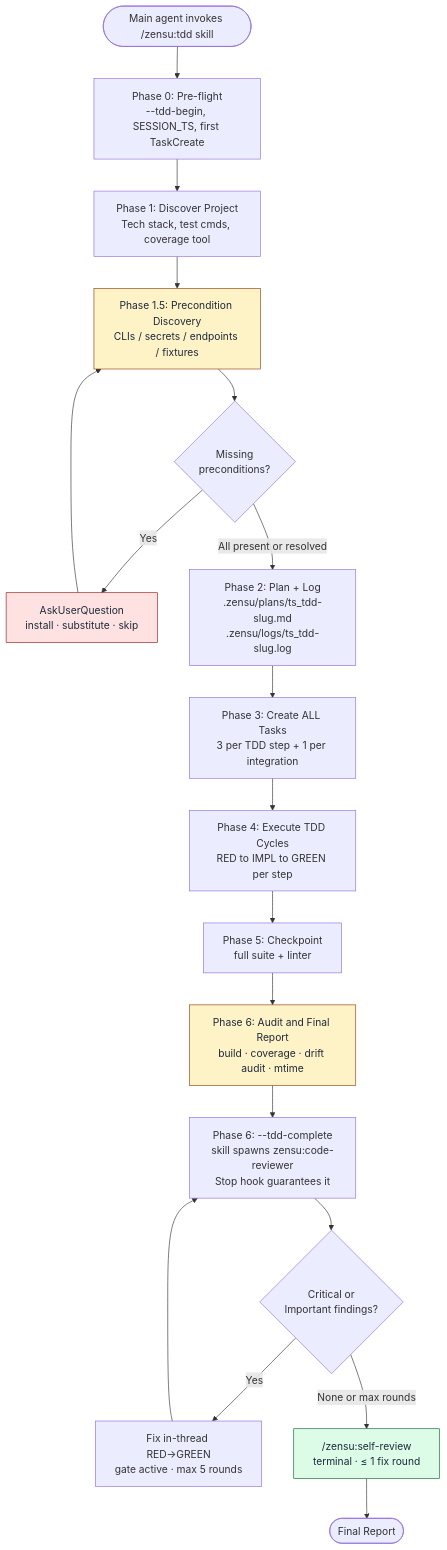
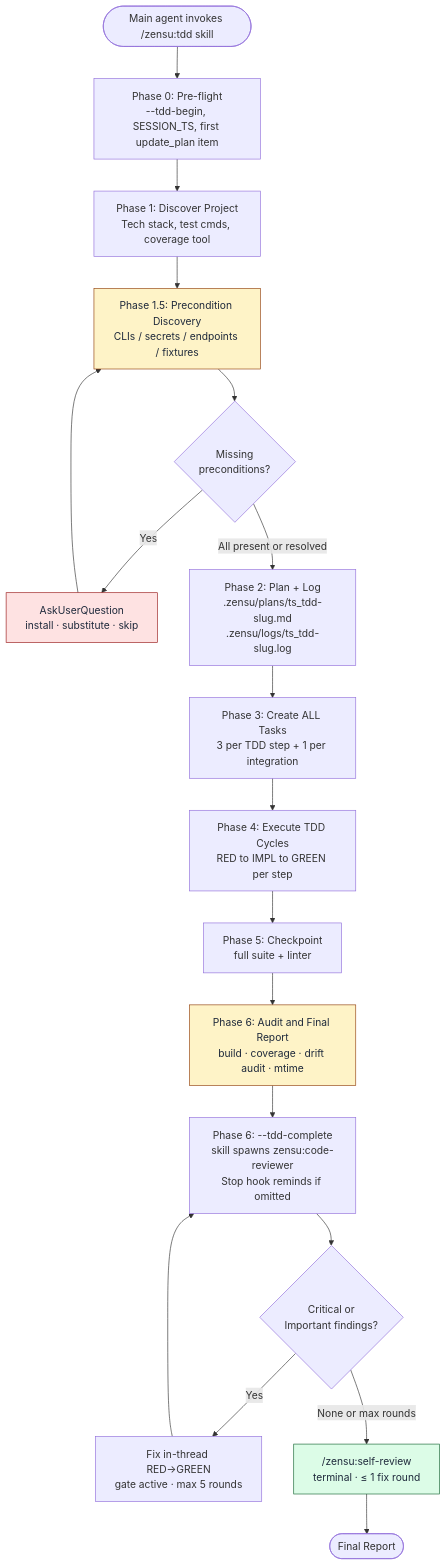
Before and after one commit to MKITConsulting/zensu-codex: the first of 4 diagrams in plugins/zensu/docs/tdd-manager-workflow.md, drawn with Mermaid. The commit also changed other lines of this file and 101 other files, not shown here.

````diff
--- a/plugins/zensu/docs/tdd-manager-workflow.md
+++ b/plugins/zensu/docs/tdd-manager-workflow.md
@@ -56,25 +58,25 @@
 ```mermaid
 flowchart TD
-    Start([Main agent invokes /zensu:tdd skill]) --> P0[Phase 0: Pre-flight<br/>--tdd-begin, SESSION_TS, first TaskCreate]
+    Start([Main agent invokes /zensu:tdd skill]) --> P0[Phase 0: Pre-flight<br/>--tdd-begin, SESSION_TS, first update_plan item]
     P0 --> P1[Phase 1: Discover Project<br/>Tech stack, test cmds, coverage tool]
     P1 --> P15[Phase 1.5: Precondition Discovery<br/>CLIs / secrets / endpoints / fixtures]
     P15 --> Q{Missing<br/>preconditions?}
     Q -->|Yes| Ask[AskUserQuestion<br/>install · substitute · skip]
     Ask --> P15
     Q -->|All present or resolved| P2[Phase 2: Plan + Log<br/>.zensu/plans/ts_tdd-slug.md<br/>.zensu/logs/ts_tdd-slug.log]
     P2 --> P3[Phase 3: Create ALL Tasks<br/>3 per TDD step + 1 per integration]
     P3 --> P4[Phase 4: Execute TDD Cycles<br/>RED to IMPL to GREEN per step]
     P4 --> P5[Phase 5: Checkpoint<br/>full suite + linter]
     P5 --> P6[Phase 6: Audit and Final Report<br/>build · coverage · drift audit · mtime]
-    P6 --> Review[Phase 6: --tdd-complete<br/>skill spawns zensu:code-reviewer<br/>Stop hook guarantees it]
+    P6 --> Review[Phase 6: --tdd-complete<br/>skill spawns zensu:code-reviewer<br/>Stop hook reminds if omitted]
     Review --> Findings{Critical or<br/>Important findings?}
     Findings -->|Yes| AutoFix[Fix in-thread RED→GREEN<br/>gate active · max 5 rounds]
     AutoFix --> Review
     Findings -->|None or max rounds| SelfRev["/zensu:self-review<br/>terminal · ≤ 1 fix round"]
     SelfRev --> Done([Final Report])
 
     style P15 fill:#fef3c7,stroke:#92400e,color:#1e293b
     style P6 fill:#fef3c7,stroke:#92400e,color:#1e293b
     style Ask fill:#fee2e2,stroke:#991b1b,color:#1e293b
     style SelfRev fill:#dcfce7,stroke:#166534,color:#1e293b
 ```
````
